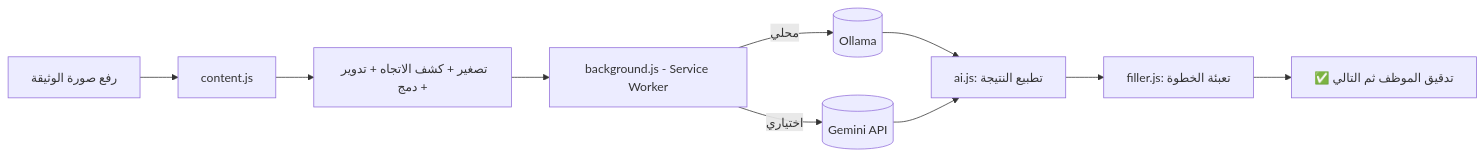
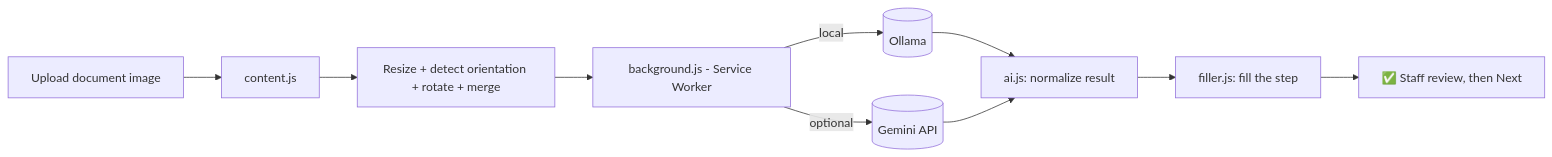
The diagram in README.md (AliAI-spirt/nazeel), drawn with Mermaid before and after one commit. The commit also changed other lines of this file, not shown here.

````diff
--- a/README.md
+++ b/README.md
@@ -58,12 +60,12 @@
 ```mermaid
 flowchart LR
-  A[رفع صورة الوثيقة] --> B[content.js]
-  B --> C[تصغير + كشف الاتجاه + تدوير + دمج]
+  A[Upload document image] --> B[content.js]
+  B --> C[Resize + detect orientation + rotate + merge]
   C --> D[background.js - Service Worker]
-  D -->|محلي| E[(Ollama)]
-  D -->|اختياري| F[(Gemini API)]
-  E --> G[ai.js: تطبيع النتيجة]
+  D -->|local| E[(Ollama)]
+  D -->|optional| F[(Gemini API)]
+  E --> G[ai.js: normalize result]
   F --> G
-  G --> H[filler.js: تعبئة الخطوة]
-  H --> I[✅ تدقيق الموظف ثم التالي]
+  G --> H[filler.js: fill the step]
+  H --> I[✅ Staff review, then Next]
 ```
````
